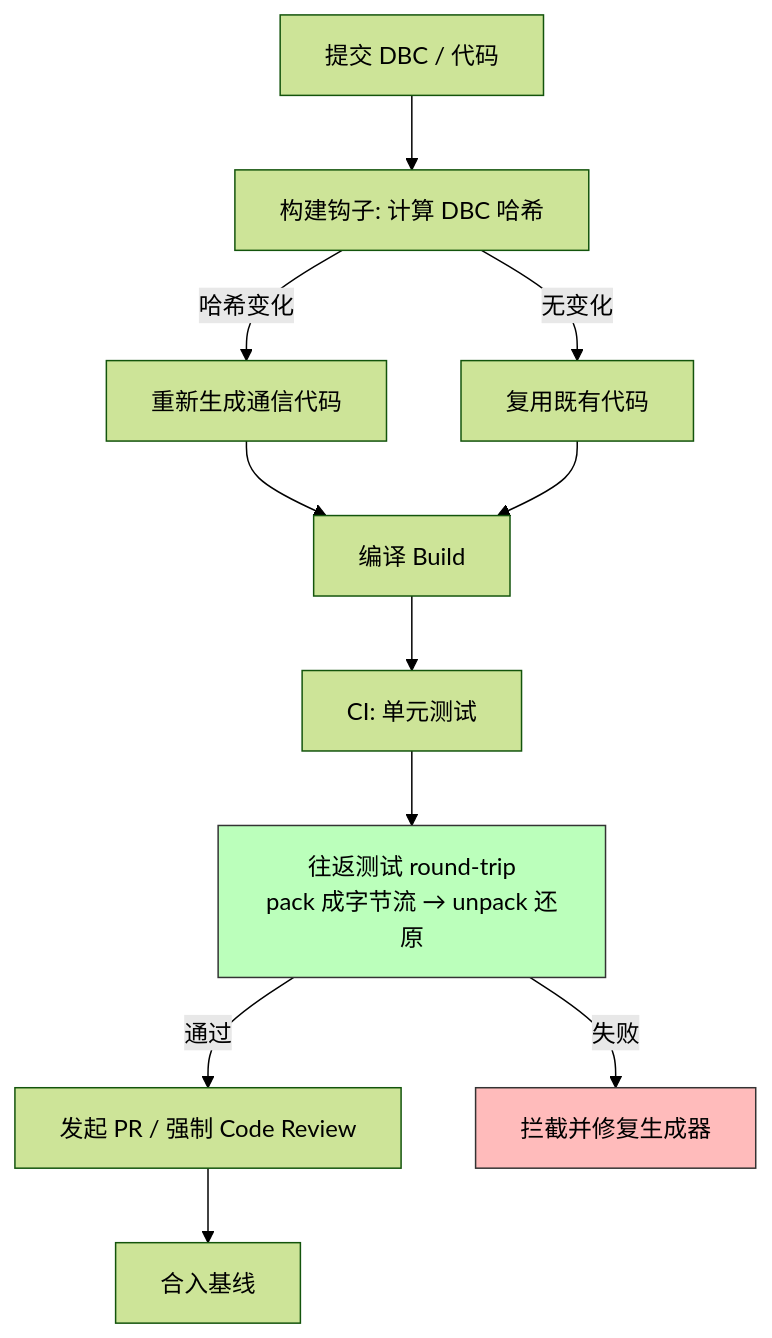
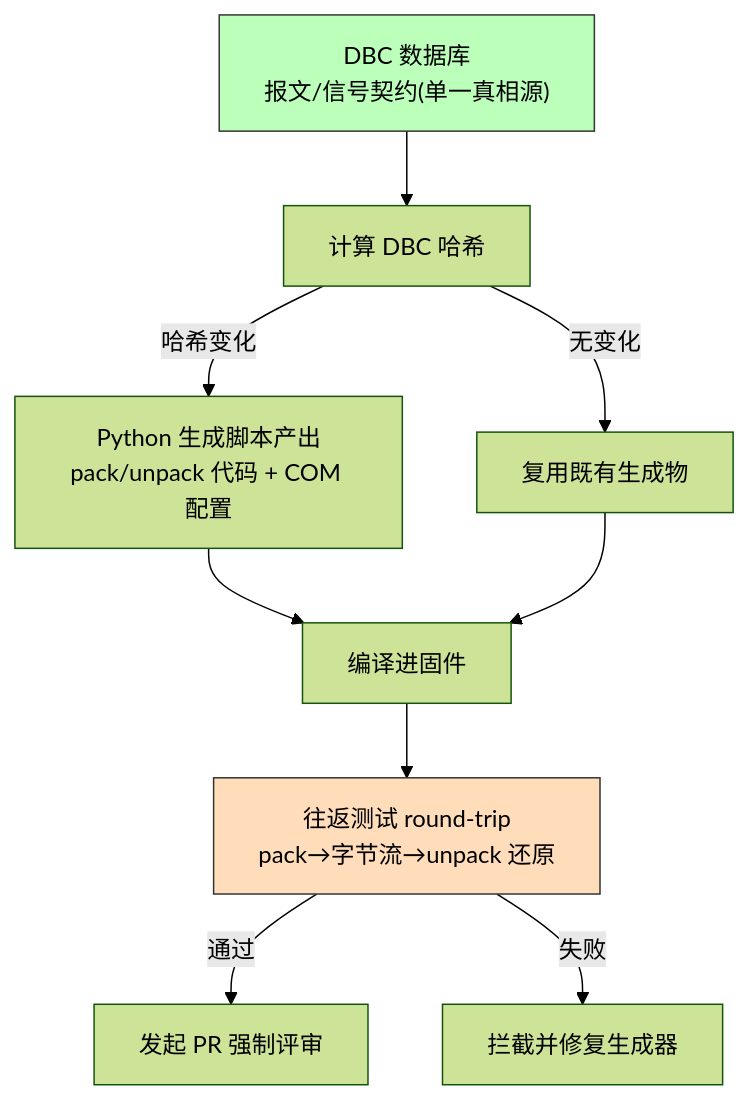
Before and after one commit to 1208826038/embedded-skill-notes: the seventh of 10 diagrams in articles/07-toolchain-automation.md, drawn with Mermaid (forest theme). The commit also changed other lines of this file, not shown here.

````diff
--- a/articles/07-toolchain-automation.md
+++ b/articles/07-toolchain-automation.md
@@ -111,15 +716,13 @@
 ```mermaid
 flowchart TD
-    A["提交 DBC / 代码"] --> B["构建钩子: 计算 DBC 哈希"]
-    B -->|"哈希变化"| C["重新生成通信代码"]
-    B -->|"无变化"| D["复用既有代码"]
-    C --> E["编译 Build"]
-    D --> E
-    E --> F["CI: 单元测试"]
-    F --> G["往返测试 round-trip<br/>pack 成字节流 → unpack 还原"]
-    G -->|"通过"| H["发起 PR / 强制 Code Review"]
-    G -->|"失败"| I["拦截并修复生成器"]
-    H --> J["合入基线"]
-    style G fill:#bfb,stroke:#333
-    style I fill:#fbb,stroke:#333
+    DBC["DBC 数据库<br/>报文/信号契约(单一真相源)"] --> H["计算 DBC 哈希"]
+    H -->|"哈希变化"| G["Python 生成脚本产出<br/>pack/unpack 代码 + COM 配置"]
+    H -->|"无变化"| R["复用既有生成物"]
+    G --> C["编译进固件"]
+    R --> C
+    C --> T["往返测试 round-trip<br/>pack→字节流→unpack 还原"]
+    T -->|"通过"| PR["发起 PR 强制评审"]
+    T -->|"失败"| F["拦截并修复生成器"]
+    style DBC fill:#bfb,stroke:#333
+    style T fill:#fdb,stroke:#333
 ```
````
